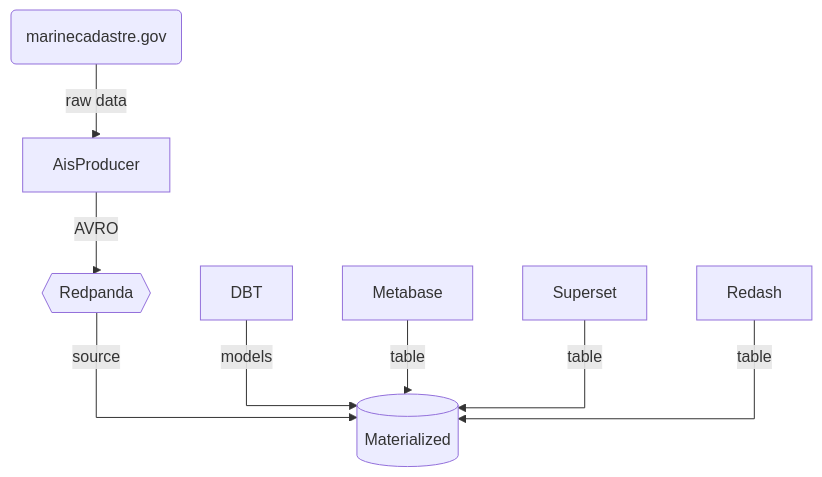
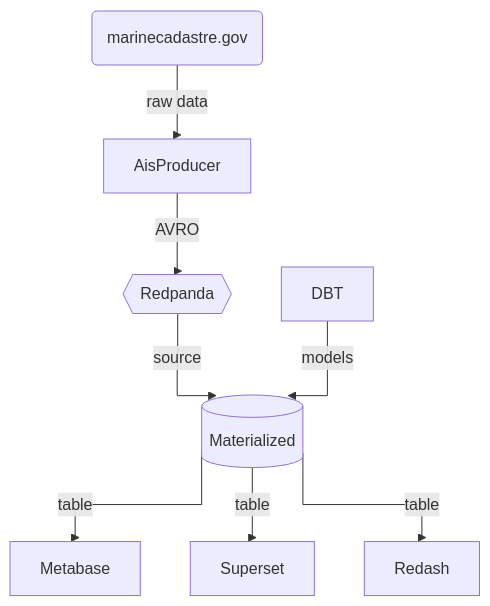
The diagram in README.md (marcelmaatkamp/AisMarineCadastreDataInMetabase), drawn with Mermaid before and after one commit.

Commit message:
mermaidjs

````diff
--- a/README.md
+++ b/README.md
@@ -5,11 +5,11 @@
 ```mermaid
 %%{ init: { 'flowchart': { 'curve': 'stepBefore' } } }%%
 graph TD
     marinecadastre.gov(marinecadastre.gov)-- raw data --> AisProducer
     AisProducer-- AVRO --> Redpanda{{Redpanda}}
     Redpanda-- source --> Materialized[(Materialized)]
     DBT-- models --> Materialized
-    Metabase-- table -->Materialized
-    Superset-- table -->Materialized
-    Redash-- table -->Materialized
+    Materialized-- table -->Metabase
+    Materialized-- table -->Superset
+    Materialized-- table -->Redash
 ```
````
